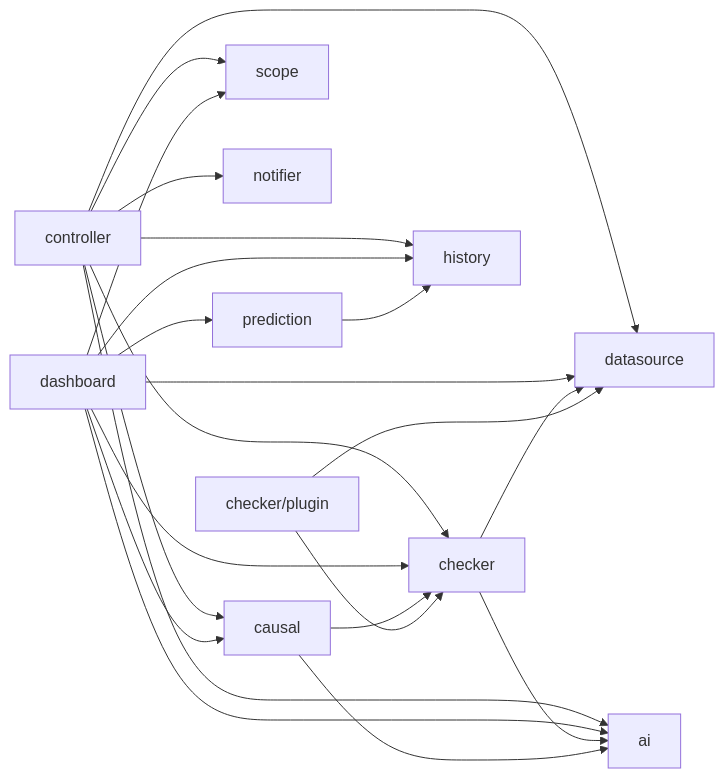
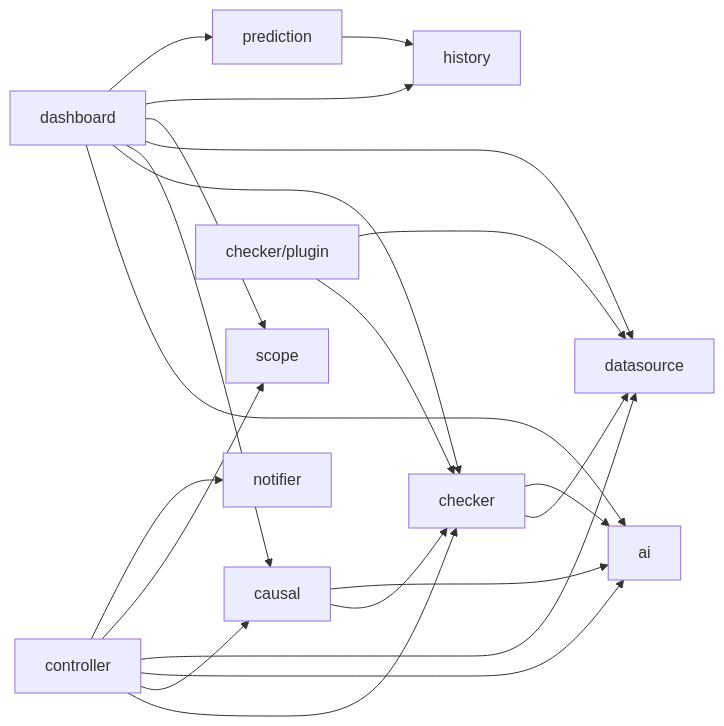
The second of 3 diagrams in docs/architecture/00-system-overview.md (osagberg/kube-assist-operator), drawn with Mermaid before and after one commit. The commit also changed 1 other file, not shown here.

Commit message:
docs: update roadmap priorities and fix architecture diagram

````diff
--- a/docs/architecture/00-system-overview.md
+++ b/docs/architecture/00-system-overview.md
@@ -67,41 +67,40 @@
 ```mermaid
 flowchart LR
     controller["controller"]
     dashboard["dashboard"]
     checker["checker"]
     causal["causal"]
     ai["ai"]
     datasource["datasource"]
     scope["scope"]
     notifier["notifier"]
     history["history"]
     prediction["prediction"]
     plugin["checker/plugin"]
 
     controller --> checker
     controller --> causal
     controller --> ai
     controller --> datasource
     controller --> scope
     controller --> notifier
-    controller --> history
 
     dashboard --> ai
     dashboard --> checker
     dashboard --> causal
     dashboard --> datasource
     dashboard --> scope
     dashboard --> history
     dashboard --> prediction
 
     checker --> datasource
     checker --> ai
 
     causal --> checker
     causal --> ai
 
     prediction --> history
 
     plugin --> checker
     plugin --> datasource
 ```
````
